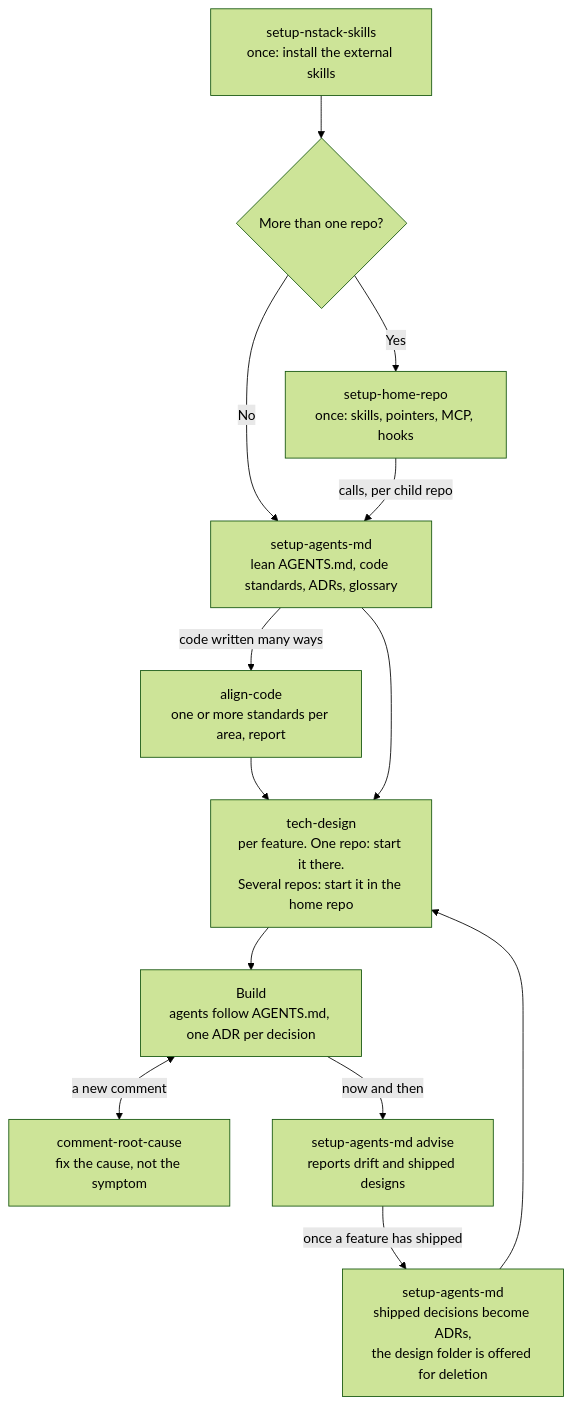
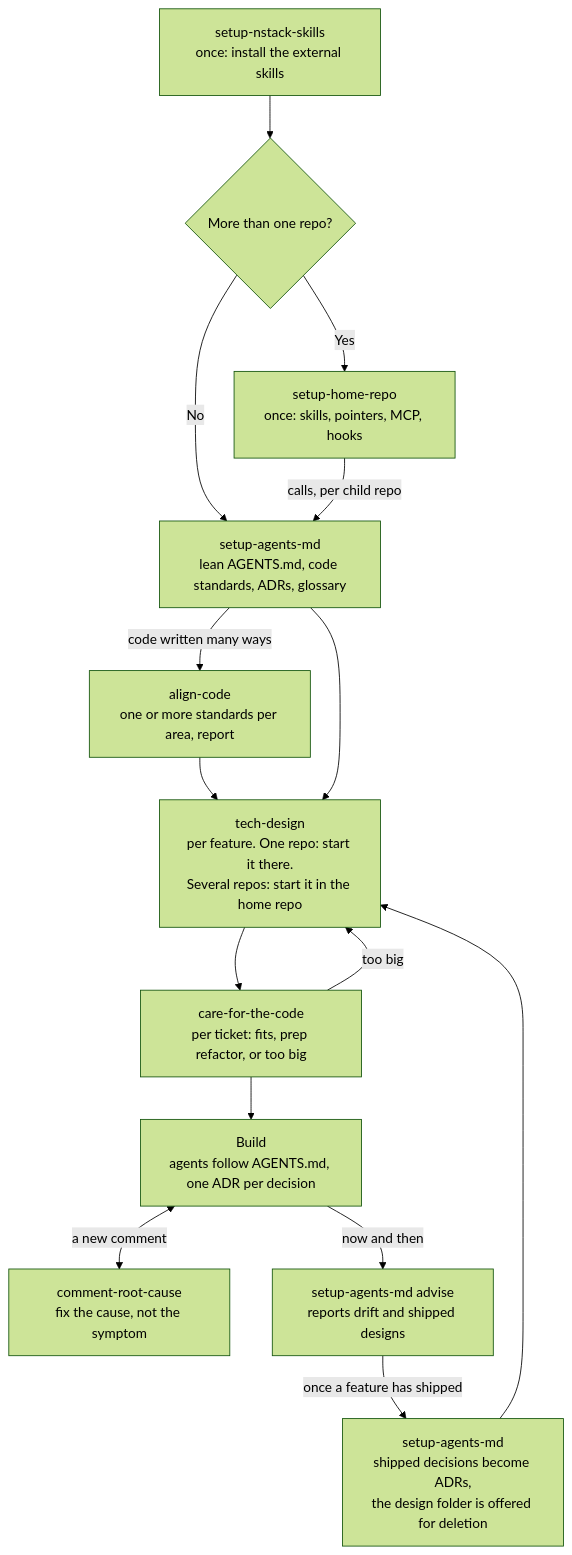
Before and after one commit to svennijhuis/nstack: the diagram in README.md, drawn with Mermaid (forest theme). The commit also changed other lines of this file and 3 other files, not shown here.

First line of the commit message:
Add care-for-the-code: check the landing zone before a ticket, refactor first when needed

````diff
--- a/README.md
+++ b/README.md
@@ -19,15 +20,17 @@
 ```mermaid
 flowchart TD
     A[setup-nstack-skills<br/>once: install the external skills] --> B{More than one repo?}
     B -->|Yes| C[setup-home-repo<br/>once: skills, pointers, MCP, hooks]
     B -->|No| D
     C -->|calls, per child repo| D[setup-agents-md<br/>lean AGENTS.md, code standards, ADRs, glossary]
     D -->|code written many ways| I[align-code<br/>one or more standards per area, report]
     I --> E
     D --> E[tech-design<br/>per feature. One repo: start it there.<br/>Several repos: start it in the home repo]
-    E --> F[Build<br/>agents follow AGENTS.md, one ADR per decision]
+    E --> T[care-for-the-code<br/>per ticket: fits, prep refactor, or too big]
+    T -->|too big| E
+    T --> F[Build<br/>agents follow AGENTS.md, one ADR per decision]
     F <-->|a new comment| R[comment-root-cause<br/>fix the cause, not the symptom]
     F -->|now and then| G[setup-agents-md advise<br/>reports drift and shipped designs]
     G -->|once a feature has shipped| H[setup-agents-md<br/>shipped decisions become ADRs,<br/>the design folder is offered for deletion]
     H --> E
 ```
````
